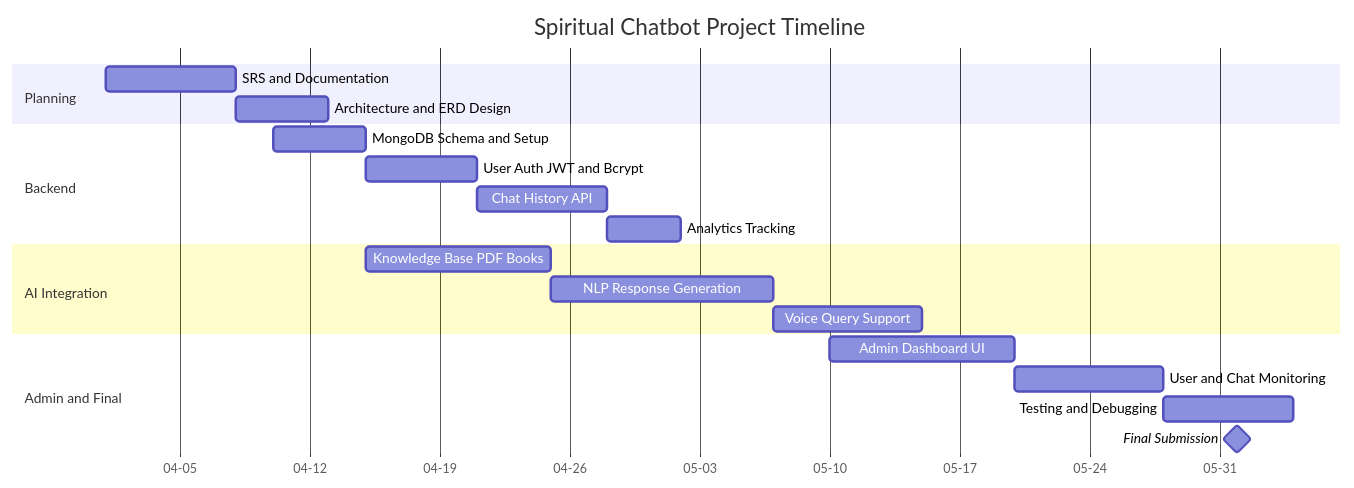
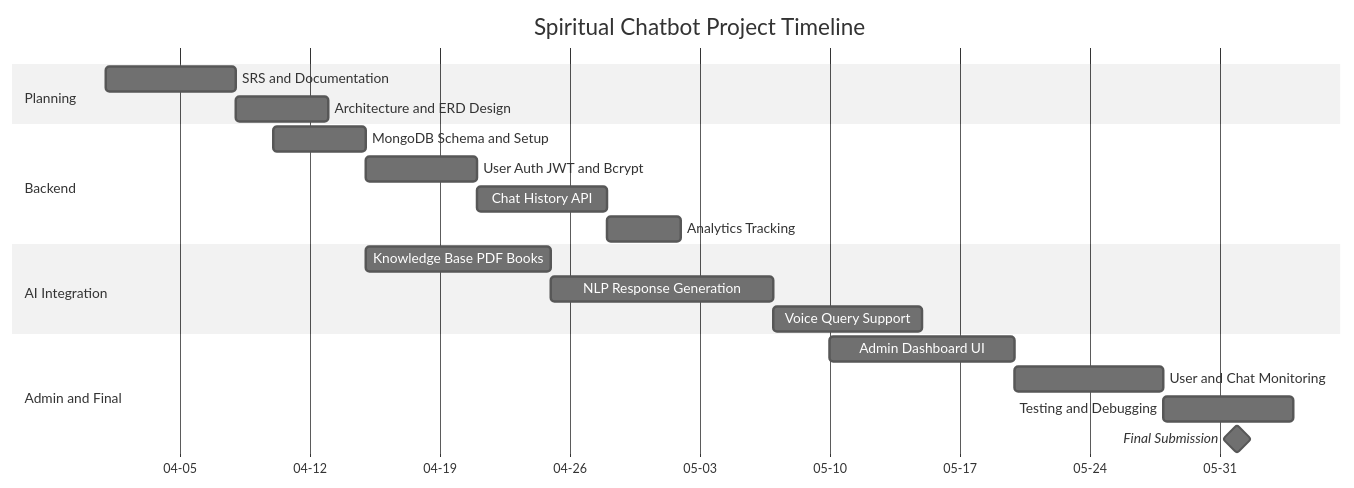
Before and after one commit to Rohitprj/Problem-Solving: the diagram in MCA_Synopsis-diagram/REPORT/GANTT/GANTT_CHART.mmd, drawn with Mermaid. The commit also changed 13 other files, not shown here.

First line of the commit message:
Add Use Case Diagram for Spiritual AI Chat Bot System

```diff
--- a/MCA_Synopsis-diagram/REPORT/GANTT/GANTT_CHART.mmd
+++ b/MCA_Synopsis-diagram/REPORT/GANTT/GANTT_CHART.mmd
@@ -1,25 +1,52 @@
+%% gantt
+%%     title Spiritual Chatbot Project Timeline
+%%     dateFormat YYYY-MM-DD
+%%     axisFormat %m-%d
+
+%%     section Planning
+%%     SRS and Documentation       :a1, 2026-04-01, 7d
+%%     Architecture and ERD Design :a2, after a1, 5d
+
+%%     section Backend
+%%     MongoDB Schema and Setup    :b1, 2026-04-10, 5d
+%%     User Auth JWT and Bcrypt    :b2, after b1, 6d
+%%     Chat History API            :b3, after b2, 7d
+%%     Analytics Tracking         :b4, after b3, 4d
+
+%%     section AI Integration
+%%     Knowledge Base PDF Books    :c1, 2026-04-15, 10d
+%%     NLP Response Generation     :c2, after c1, 12d
+%%     Voice Query Support         :c3, after c2, 8d
+
+%%     section Admin and Final
+%%     Admin Dashboard UI          :d1, 2026-05-10, 10d
+%%     User and Chat Monitoring    :d2, after d1, 8d
+%%     Testing and Debugging       :e1, after d2, 7d
+%%     Final Submission            :milestone, m1, 2026-06-01, 0d
+
+%%{init: {"theme":"neutral"}}%%
 gantt
     title Spiritual Chatbot Project Timeline
     dateFormat YYYY-MM-DD
     axisFormat %m-%d
 
     section Planning
     SRS and Documentation       :a1, 2026-04-01, 7d
     Architecture and ERD Design :a2, after a1, 5d
 
     section Backend
     MongoDB Schema and Setup    :b1, 2026-04-10, 5d
     User Auth JWT and Bcrypt    :b2, after b1, 6d
     Chat History API            :b3, after b2, 7d
     Analytics Tracking         :b4, after b3, 4d
 
     section AI Integration
     Knowledge Base PDF Books    :c1, 2026-04-15, 10d
     NLP Response Generation     :c2, after c1, 12d
     Voice Query Support         :c3, after c2, 8d
 
     section Admin and Final
     Admin Dashboard UI          :d1, 2026-05-10, 10d
     User and Chat Monitoring    :d2, after d1, 8d
     Testing and Debugging       :e1, after d2, 7d
     Final Submission            :milestone, m1, 2026-06-01, 0d
```
